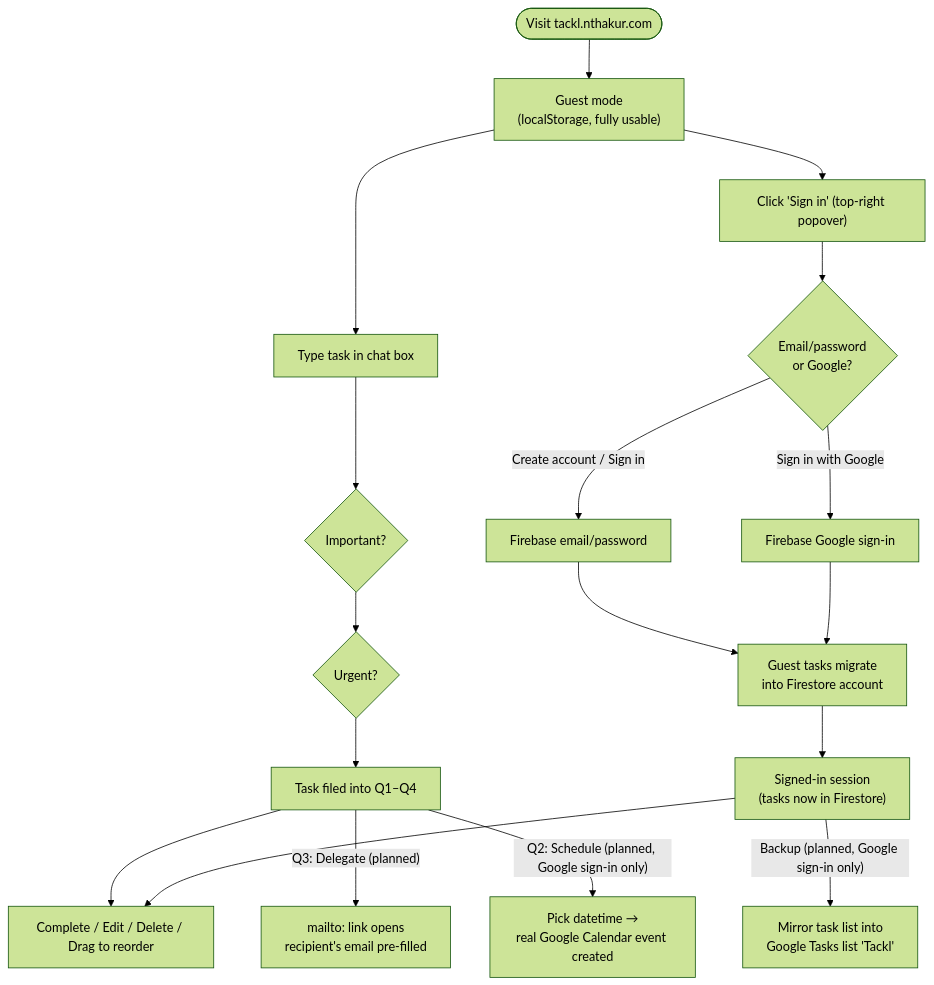
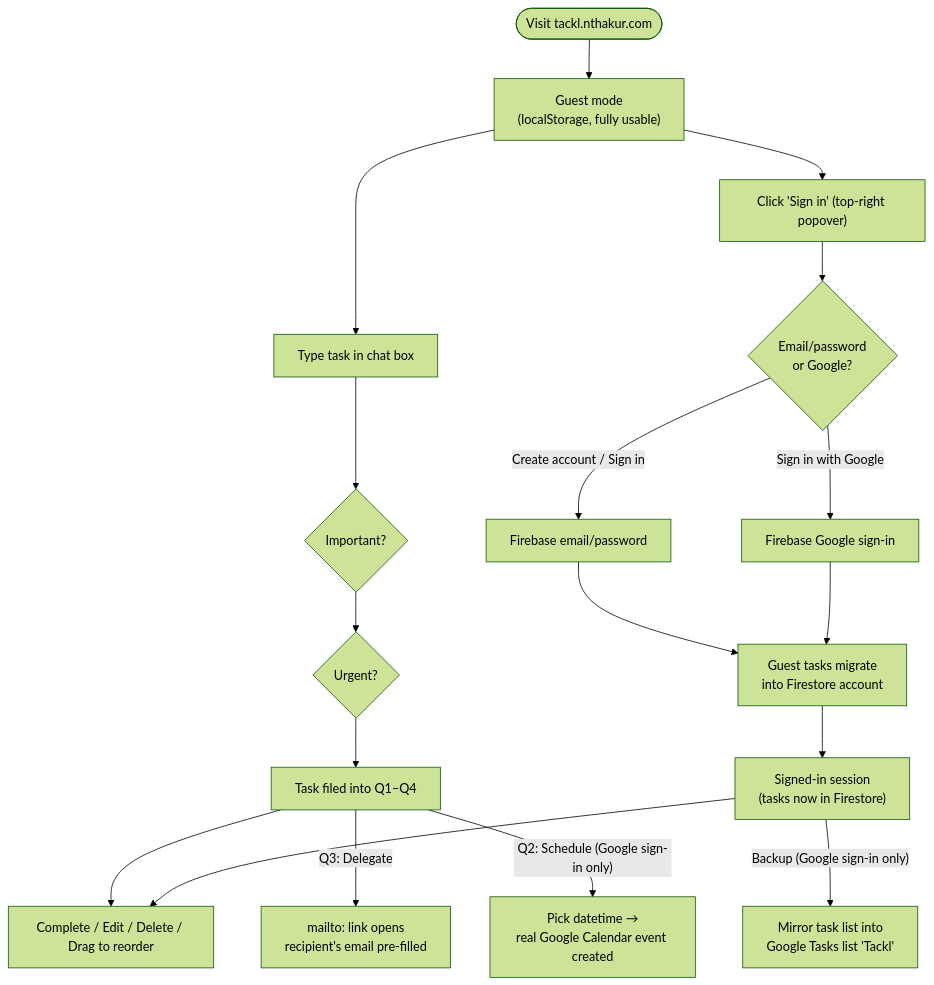
The second of 7 diagrams in docs/ARCHITECTURE.md (thakurnaval/tackl), drawn with Mermaid (forest theme) before and after one commit. The commit also changed other lines of this file and 10 other files, not shown here.

First line of the commit message:
Add Google integrations: Delegate (mailto), Schedule (Calendar), Backup (Google Tasks)

````diff
--- a/docs/ARCHITECTURE.md
+++ b/docs/ARCHITECTURE.md
@@ -68,22 +68,22 @@
 ```mermaid
 flowchart TD
     Start(["Visit tackl.nthakur.com"]) --> Guest["Guest mode\n(localStorage, fully usable)"]
     Guest --> AddTask["Type task in chat box"]
     AddTask --> AskImportant{"Important?"}
     AskImportant --> AskUrgent{"Urgent?"}
     AskUrgent --> Quadrant["Task filed into Q1–Q4"]
     Quadrant --> Actions["Complete / Edit / Delete / Drag to reorder"]
 
     Guest --> SignInPrompt["Click 'Sign in' (top-right popover)"]
     SignInPrompt --> Choice{"Email/password\nor Google?"}
     Choice -->|Create account / Sign in| EmailAuth["Firebase email/password"]
     Choice -->|Sign in with Google| GoogleAuth["Firebase Google sign-in"]
     EmailAuth --> Migrate["Guest tasks migrate\ninto Firestore account"]
     GoogleAuth --> Migrate
     Migrate --> SignedIn["Signed-in session\n(tasks now in Firestore)"]
     SignedIn --> Actions
 
-    Quadrant -->|"Q3: Delegate (planned)"| Delegate["mailto: link opens\nrecipient's email pre-filled"]
-    Quadrant -->|"Q2: Schedule (planned, Google sign-in only)"| Schedule["Pick datetime →\nreal Google Calendar event created"]
-    SignedIn -->|"Backup (planned, Google sign-in only)"| Backup["Mirror task list into\nGoogle Tasks list 'Tackl'"]
+    Quadrant -->|"Q3: Delegate"| Delegate["mailto: link opens\nrecipient's email pre-filled"]
+    Quadrant -->|"Q2: Schedule (Google sign-in only)"| Schedule["Pick datetime →\nreal Google Calendar event created"]
+    SignedIn -->|"Backup (Google sign-in only)"| Backup["Mirror task list into\nGoogle Tasks list 'Tackl'"]
 ```
````
